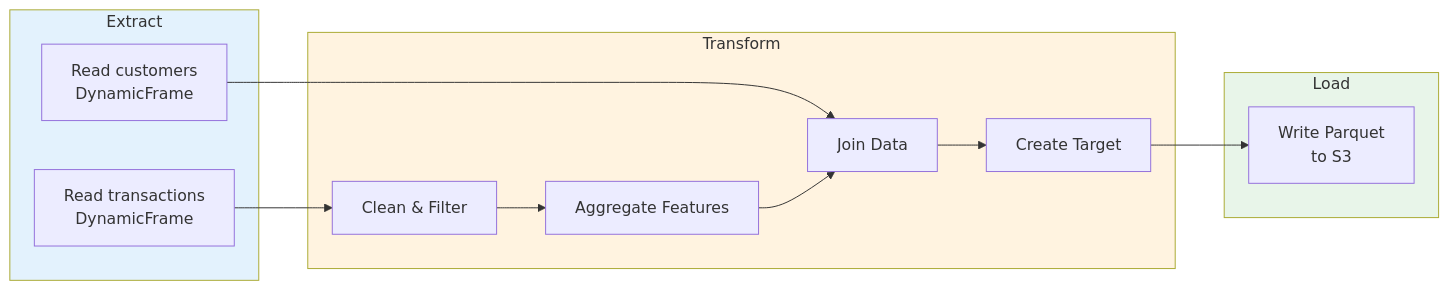
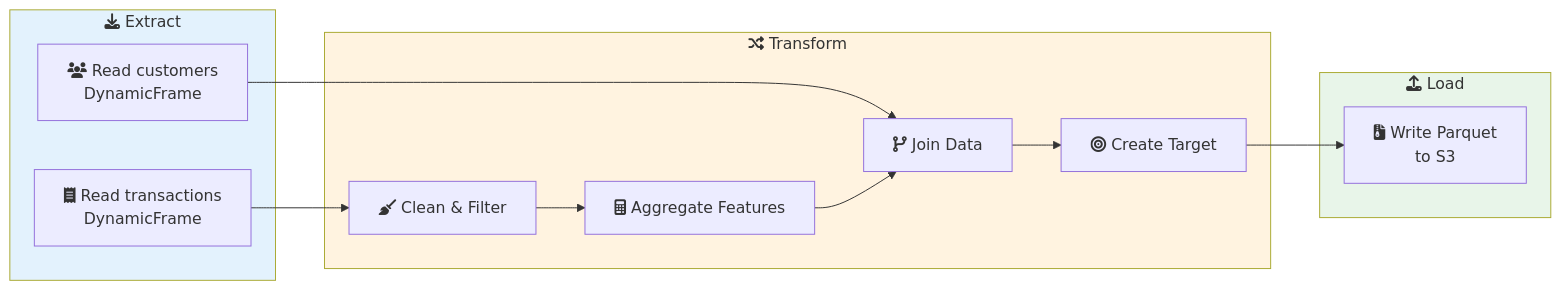
One commit to vinu76jsr/aws-sample-projects changed the third of 3 diagrams in aws-ml-associate-prep/03-glue-etl/LAB.md. Above: the diagram before and after it, drawn with Mermaid. The commit also changed other lines of this file and 15 other files, not shown here.

First line of the commit message:
Add Font Awesome icons to all Mermaid diagrams

````diff
--- a/aws-ml-associate-prep/03-glue-etl/LAB.md
+++ b/aws-ml-associate-prep/03-glue-etl/LAB.md
@@ -81,29 +81,29 @@
 ```mermaid
 flowchart LR
-    subgraph Extract
-        A1[Read customers<br/>DynamicFrame]
-        A2[Read transactions<br/>DynamicFrame]
+    subgraph Extract["fa:fa-download Extract"]
+        A1[fa:fa-users Read customers<br/>DynamicFrame]
+        A2[fa:fa-receipt Read transactions<br/>DynamicFrame]
     end
 
-    subgraph Transform
-        B1[Clean & Filter]
-        B2[Aggregate Features]
-        B3[Join Data]
-        B4[Create Target]
+    subgraph Transform["fa:fa-random Transform"]
+        B1[fa:fa-broom Clean & Filter]
+        B2[fa:fa-calculator Aggregate Features]
+        B3[fa:fa-code-branch Join Data]
+        B4[fa:fa-bullseye Create Target]
     end
 
-    subgraph Load
-        C1[Write Parquet<br/>to S3]
+    subgraph Load["fa:fa-upload Load"]
+        C1[fa:fa-file-archive Write Parquet<br/>to S3]
     end
 
     A1 --> B3
     A2 --> B1
     B1 --> B2
     B2 --> B3
     B3 --> B4
     B4 --> C1
 
     style Extract fill:#e3f2fd
     style Transform fill:#fff3e0
     style Load fill:#e8f5e9
 ```
````
